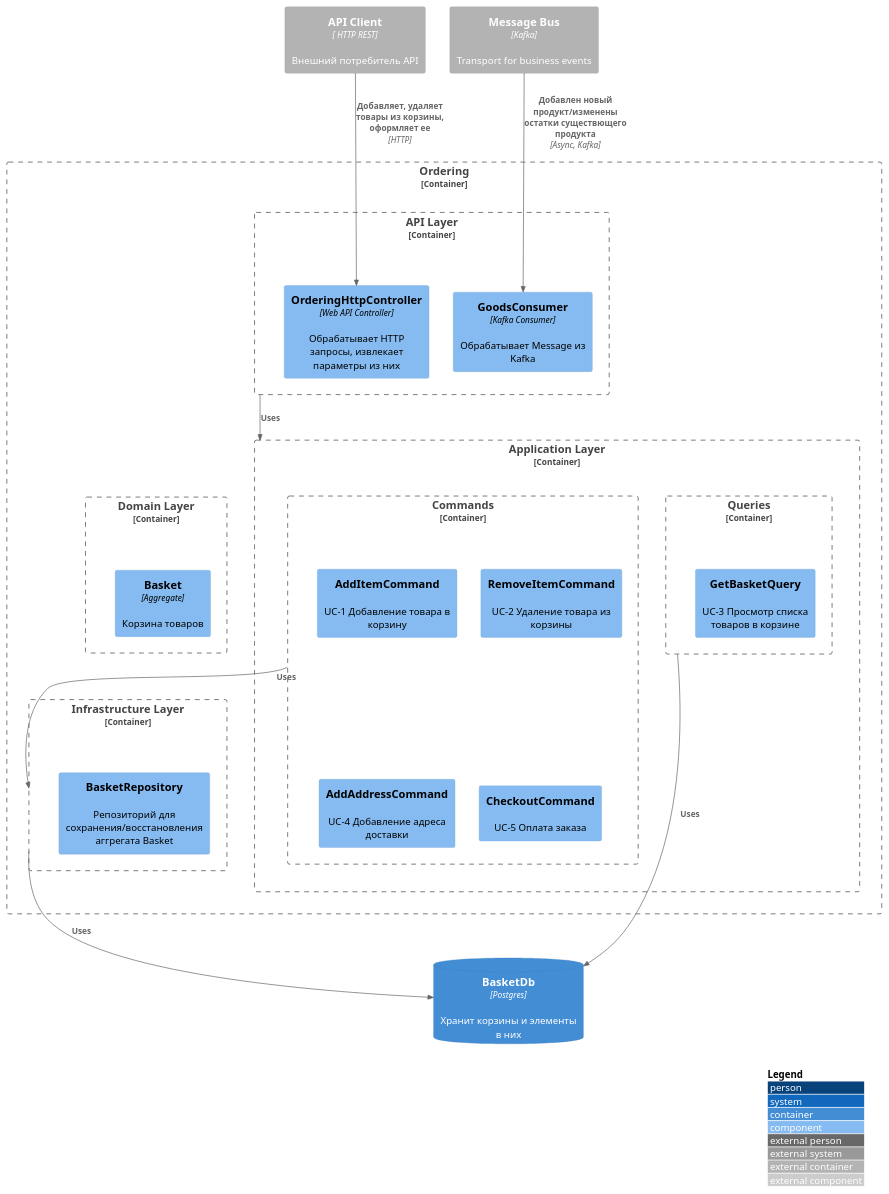
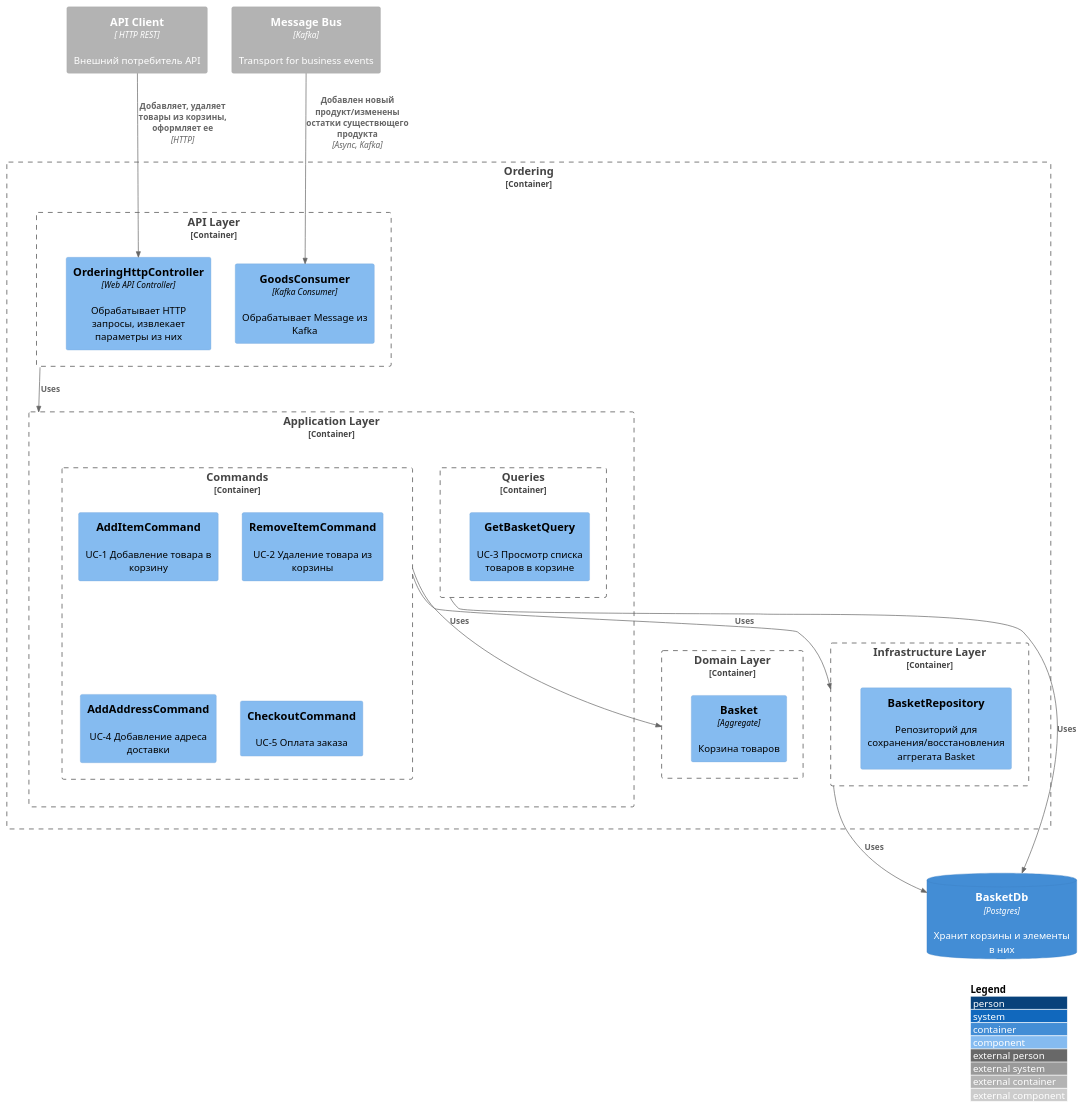
One commit to gerzhan/knigaexpert-system-design changed the second of 5 diagrams in services/ordering/README.md. Above: the diagram before and after it, drawn with PlantUML.

````diff
--- a/services/ordering/README.md
+++ b/services/ordering/README.md
@@ -43,52 +43,50 @@
 ```plantuml
 !include https://raw.githubusercontent.com/plantuml-stdlib/C4-PlantUML/master/C4_Component.puml
 LAYOUT_WITH_LEGEND()
 
 Container_Ext(api_client, "API Client", " HTTP REST", "Внешний потребитель API")
 
 Container_Ext(message_bus, "Message Bus", "Kafka", "Transport for business events")
 
 Container_Boundary(ordering_service, "Ordering") {
     Container_Boundary(api_layer, "API Layer") {
     Component(ordering_http_handler, "OrderingHttpController", "Web API Controller", "Обрабатывает HTTP запросы, извлекает параметры из них")
     
     Component(goods_consumer, "GoodsConsumer", "Kafka Consumer", "Обрабатывает Message из Kafka")
     }
 
     Container_Boundary(application_layer, "Application Layer") {
       Container_Boundary(commands, "Commands") {
         Component(add_item_command, "AddItemCommand", "", "UC-1 Добавление товара в корзину")
         Component(remove_item_command, "RemoveItemCommand", "", "UC-2 Удаление товара из корзины")
         Component(add_address_command, "AddAddressCommand", "", "UC-4 Добавление адреса доставки")
         Component(checkout_command, "CheckoutCommand", "", "UC-5 Оплата заказа")
       }
 
       Container_Boundary(queries, "Queries") {
         Component(get_basket_query, "GetBasketQuery", "", "UC-3 Просмотр списка товаров в корзине")
       }
     }
 
     Container_Boundary(domain_layer, "Domain Layer") {
       Component(catalog_aggregate, "Basket", "Aggregate", "Корзина товаров")
     }
 
     Container_Boundary(infrastructure_layer, "Infrastructure Layer") {
       Component(basket_aggregate_repository, "BasketRepository", "", "Репозиторий для сохранения/восстановления аггрегата Basket")
     }
 
     Rel(message_bus, goods_consumer, "Добавлен новый продукт/изменены остатки существющего продукта", "Async, Kafka")
     
     Rel(api_client, ordering_http_handler, "Добавляет, удаляет товары из корзины, оформляет ее", "HTTP")
 
     Rel_D(api_layer, application_layer, "Uses")
     
     Rel_D(commands, domain_layer, "Uses")
 
     Rel_D(commands, infrastructure_layer, "Uses")
 }
-Lay_L(application_layer,domain_layer)
-Lay_D(domain_layer,infrastructure_layer)
 ContainerDb(db, "BasketDb", "Postgres", "Хранит корзины и элементы в них")
 Rel_D(infrastructure_layer, db, "Uses")
 Rel_L(queries, db, "Uses")
 ```
````
